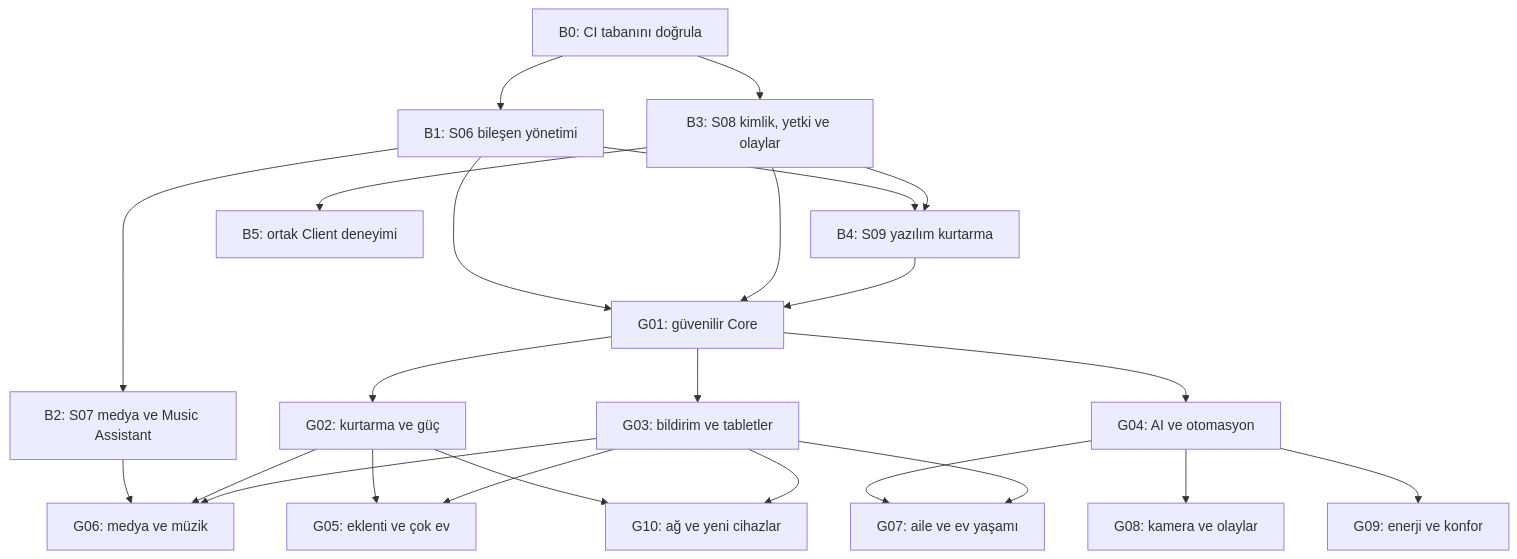
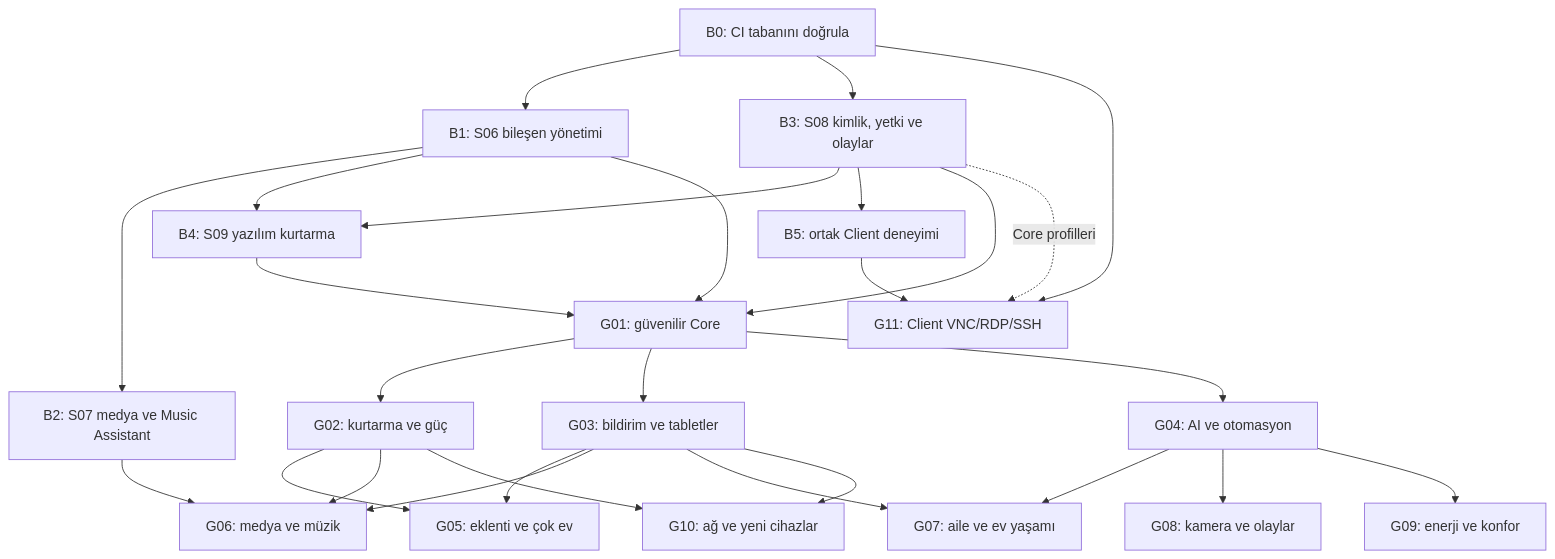
One commit to ersingundem/larenor changed the diagram in docs/feature-expansion-plan-2026-09-05.md. Above: the diagram before and after it, drawn with Mermaid. The commit also changed other lines of this file and 9 other files, not shown here.

Commit message:
docs: record unified media delivery and plan independent VNC RDP SSH access

````diff
--- a/docs/feature-expansion-plan-2026-09-05.md
+++ b/docs/feature-expansion-plan-2026-09-05.md
@@ -75,26 +79,29 @@
 ```mermaid
 flowchart TD
     B0["B0: CI tabanını doğrula"] --> B1["B1: S06 bileşen yönetimi"]
     B0 --> B3["B3: S08 kimlik, yetki ve olaylar"]
     B1 --> B2["B2: S07 medya ve Music Assistant"]
     B1 --> B4["B4: S09 yazılım kurtarma"]
     B3 --> B4
     B3 --> B5["B5: ortak Client deneyimi"]
     B1 --> G1["G01: güvenilir Core"]
     B3 --> G1
     B4 --> G1
     G1 --> G2["G02: kurtarma ve güç"]
     G1 --> G3["G03: bildirim ve tabletler"]
     G1 --> G4["G04: AI ve otomasyon"]
     G2 --> G5["G05: eklenti ve çok ev"]
     G3 --> G5
     B2 --> G6["G06: medya ve müzik"]
     G2 --> G6
     G3 --> G6
     G4 --> G7["G07: aile ve ev yaşamı"]
     G3 --> G7
     G4 --> G8["G08: kamera ve olaylar"]
     G4 --> G9["G09: enerji ve konfor"]
     G2 --> G10["G10: ağ ve yeni cihazlar"]
     G3 --> G10
+    B0 --> G11["G11: Client VNC/RDP/SSH"]
+    B5 --> G11
+    B3 -. "Core profilleri" .-> G11
 ```
````
